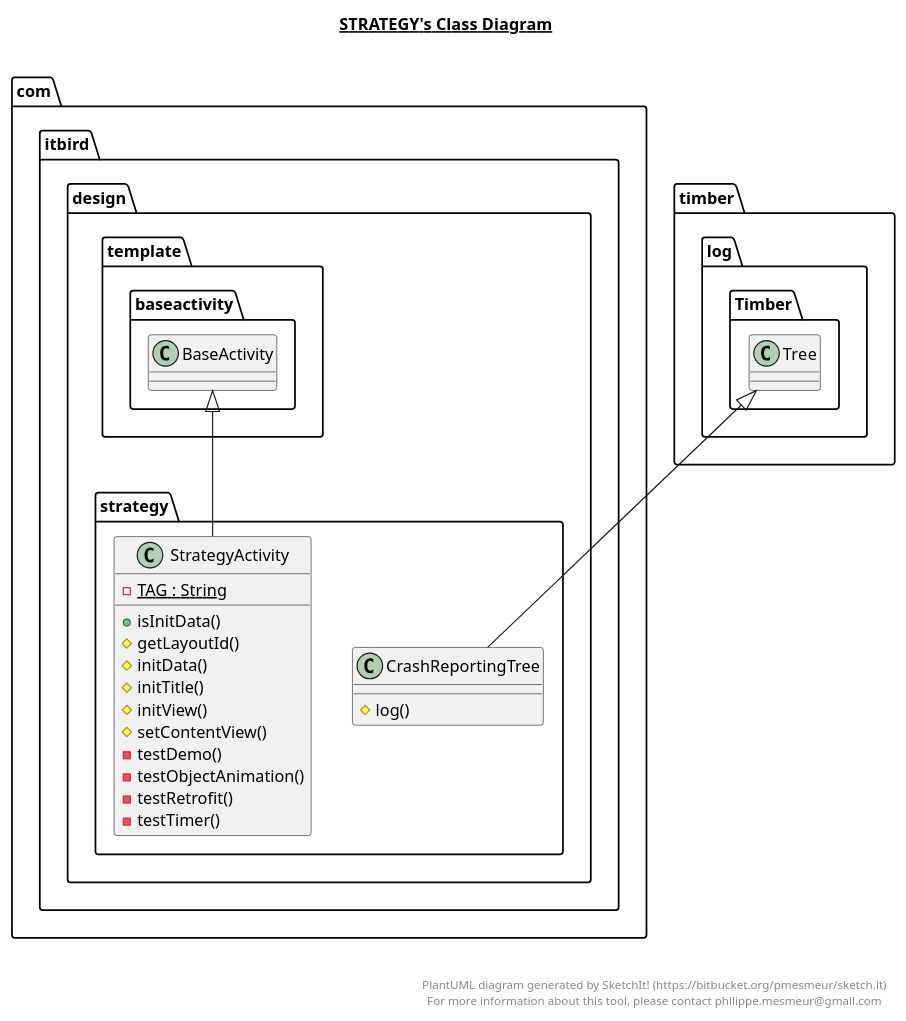
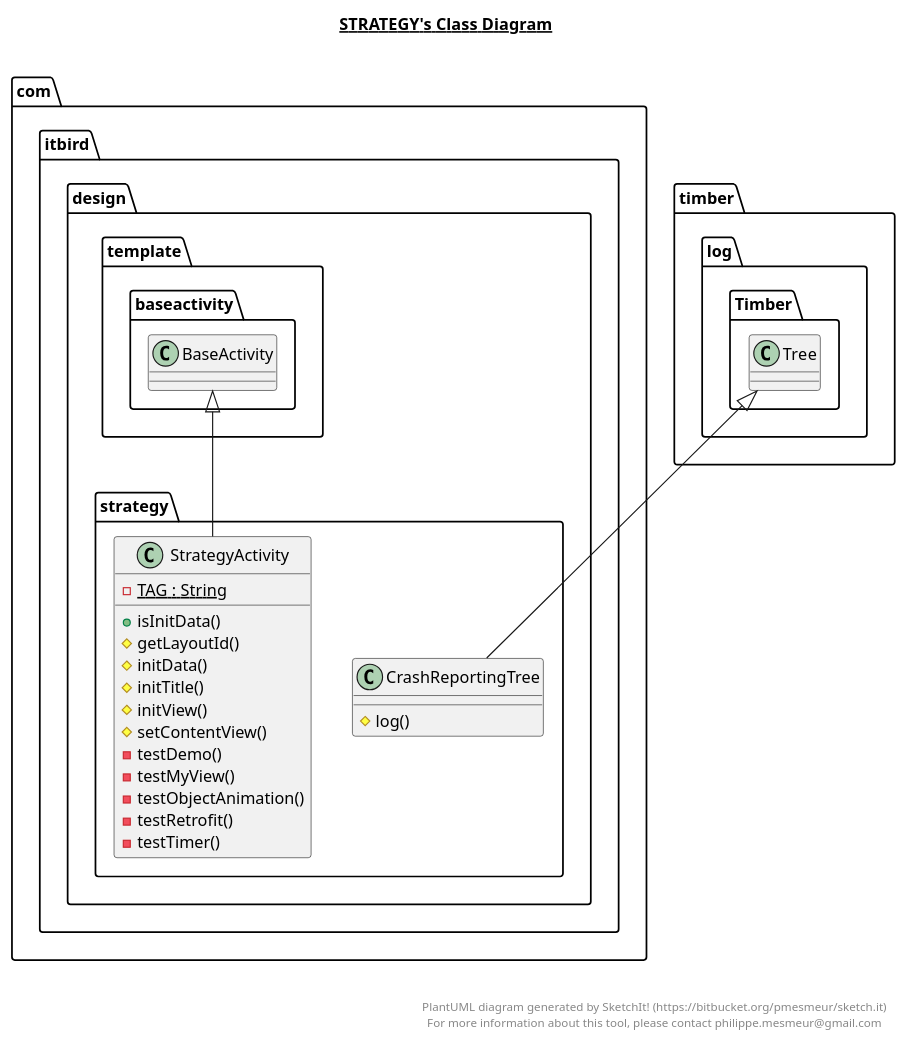
Before and after one commit to xfkang/DesignPatternPractice: the diagram in app/src/main/java/com/itbird/design/strategy/strategy.plantuml, drawn with PlantUML. The commit also changed 36 other files, not shown here.

```diff
--- a/app/src/main/java/com/itbird/design/strategy/strategy.plantuml
+++ b/app/src/main/java/com/itbird/design/strategy/strategy.plantuml
@@ -1,44 +1,45 @@
 @startuml
 
 title __STRATEGY's Class Diagram__\n
 
   namespace com.itbird.design {
     namespace strategy {
       class com.itbird.design.strategy.CrashReportingTree {
           # log()
       }
     }
   }
   
 
   namespace com.itbird.design {
     namespace strategy {
       class com.itbird.design.strategy.StrategyActivity {
           {static} - TAG : String
           + isInitData()
           # getLayoutId()
           # initData()
           # initTitle()
           # initView()
           # setContentView()
           - testDemo()
+          - testMyView()
           - testObjectAnimation()
           - testRetrofit()
           - testTimer()
       }
     }
   }
   
 
   com.itbird.design.strategy.CrashReportingTree -up-|> timber.log.Timber.Tree
   com.itbird.design.strategy.StrategyActivity -up-|> com.itbird.design.template.baseactivity.BaseActivity
 
 
 right footer
 
 
 PlantUML diagram generated by SketchIt! (https://bitbucket.org/pmesmeur/sketch.it)
 For more information about this tool, please contact philippe.mesmeur@gmail.com
 endfooter
 
 @enduml
```
